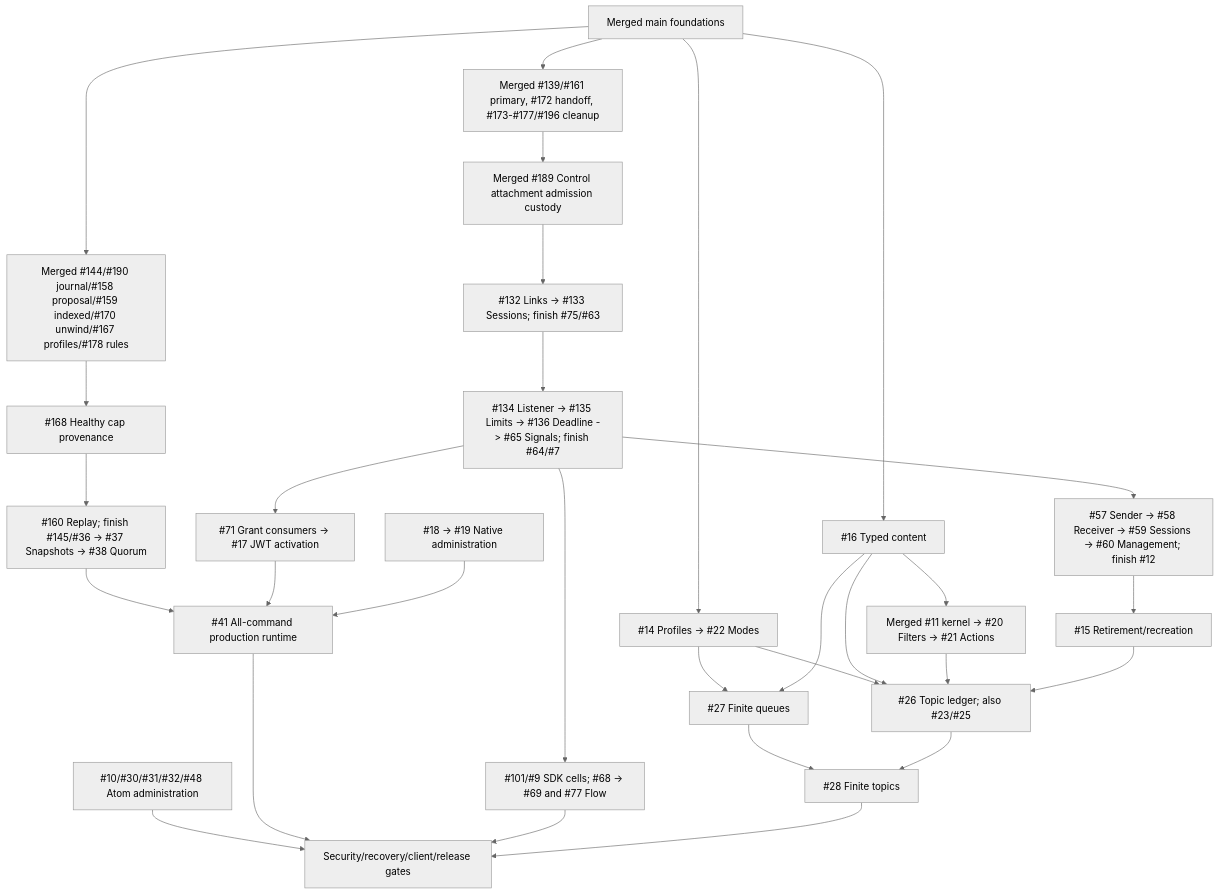
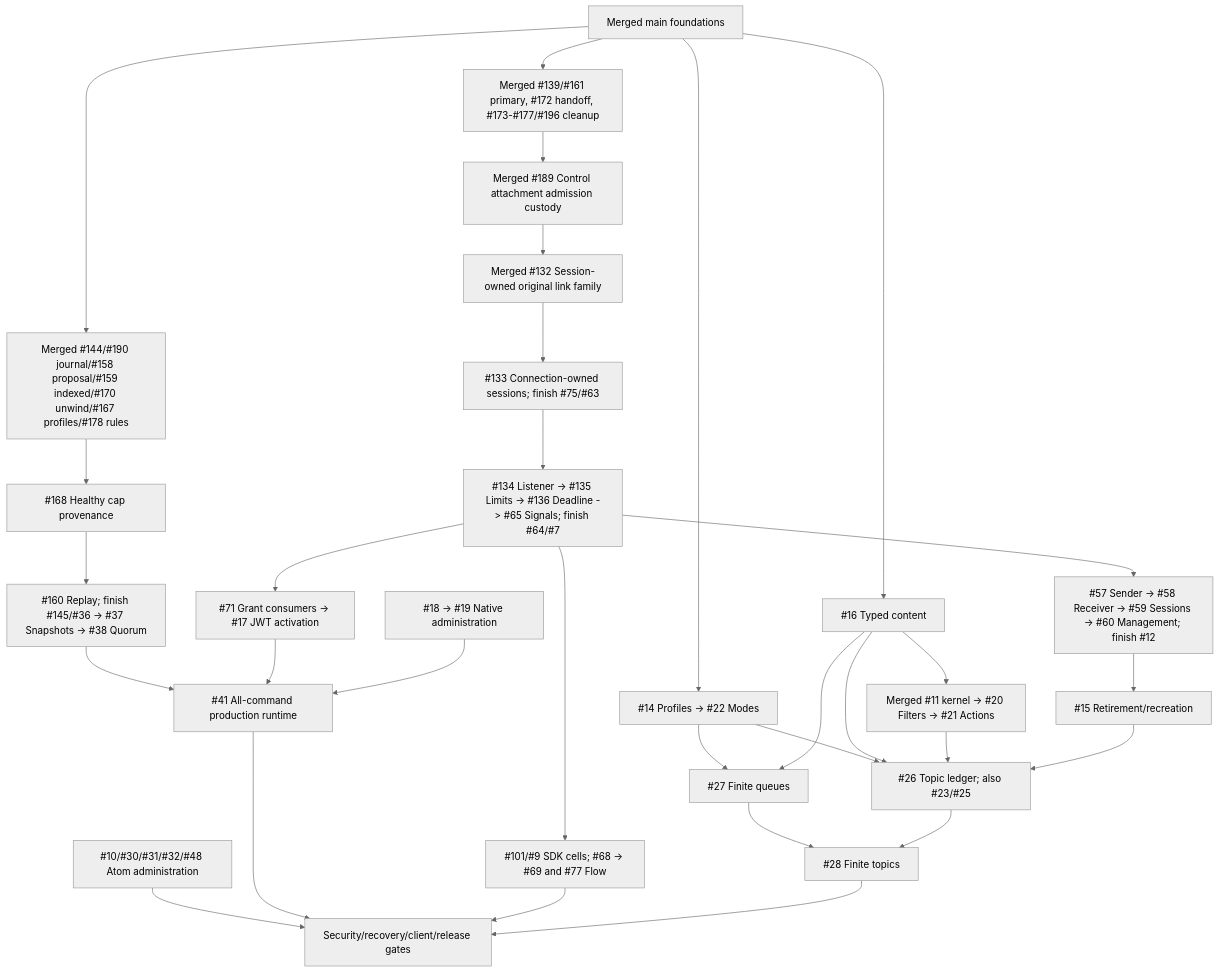
One commit to DeandreT/switchyard changed the diagram in docs/roadmap.md. Above: the diagram before and after it, drawn with Mermaid (neutral theme). The commit also changed other lines of this file and 9 other files, not shown here.

Commit message:
feat(protocol-amqp): retain original session link tasks

````diff
--- a/docs/roadmap.md
+++ b/docs/roadmap.md
@@ -54,32 +55,33 @@
 ```mermaid
 flowchart TD
     Main["Merged main foundations"] --> Lifecycle["Merged #139/#161 primary, #172 handoff, #173-#177/#196 cleanup"]
     Lifecycle --> Control["Merged #189 Control attachment admission custody"]
-    Control --> Families["#132 Links -> #133 Sessions; finish #75/#63"]
+    Control --> Links["Merged #132 Session-owned original link family"]
+    Links --> Families["#133 Connection-owned sessions; finish #75/#63"]
     Families --> Shutdown["#134 Listener -> #135 Limits -> #136 Deadline -> #65 Signals; finish #64/#7"]
     Shutdown --> Authority["#57 Sender -> #58 Receiver -> #59 Sessions -> #60 Management; finish #12"]
     Authority --> Delete["#15 Retirement/recreation"]
     Shutdown --> Grants["#71 Grant consumers -> #17 JWT activation"]
     Shutdown --> Clients["#101/#9 SDK cells; #68 -> #69 and #77 Flow"]
     Main --> Profiles["#14 Profiles -> #22 Modes"]
     Main --> Content["#16 Typed content"]
     Content --> Rules["Merged #11 kernel -> #20 Filters -> #21 Actions"]
     Profiles --> Queues["#27 Finite queues"]
     Content --> Queues
     Profiles --> Ledger["#26 Topic ledger; also #23/#25"]
     Content --> Ledger
     Rules --> Ledger
     Delete --> Ledger
     Queues --> Topics["#28 Finite topics"]
     Ledger --> Topics
     Main --> Durable["Merged #144/#190 journal/#158 proposal/#159 indexed/#170 unwind/#167 profiles/#178 rules"]
     Durable --> Integrity["#168 Healthy cap provenance"]
     Integrity --> Replay["#160 Replay; finish #145/#36 -> #37 Snapshots -> #38 Quorum"]
     Replay --> Runtime["#41 All-command production runtime"]
     Grants --> Runtime
     Native["#18 -> #19 Native administration"] --> Runtime
     Atom["#10/#30/#31/#32/#48 Atom administration"] --> Gates["Security/recovery/client/release gates"]
     Runtime --> Gates
     Clients --> Gates
     Topics --> Gates
 ```
````
